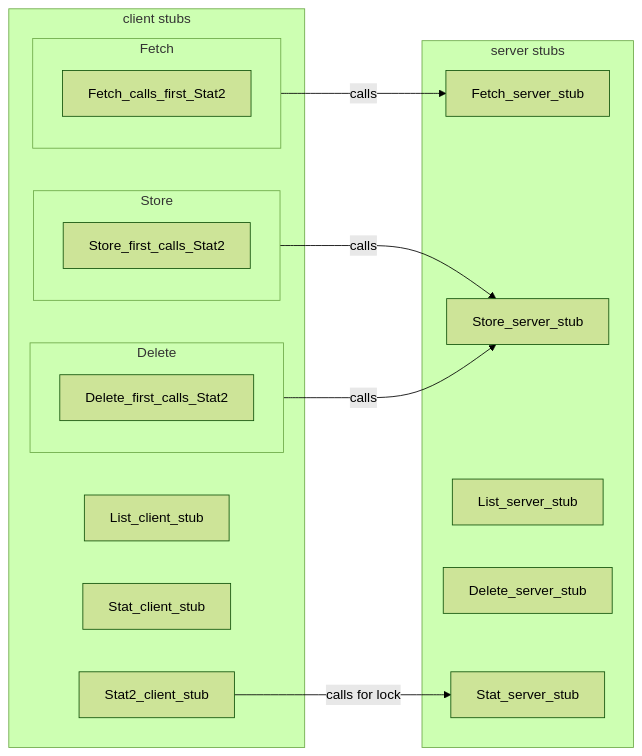
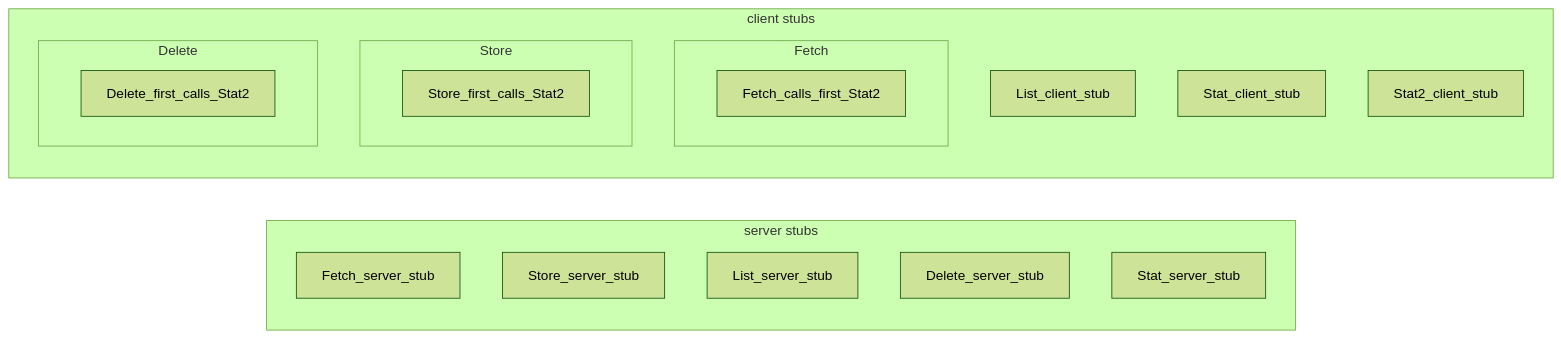
One commit to charleshwankong/Kaggle-and-Machine-Learning changed the first of 5 diagrams in README.md. Above: the diagram before and after it, drawn with Mermaid (forest theme).

````diff
--- a/README.md
+++ b/README.md
@@ -36,41 +36,30 @@
 ```mermaid
 flowchart LR
 
 
 subgraph server stubs
 Fetch_server_stub:::__server
 Store_server_stub:::__server
 List_server_stub:::__server
 Delete_server_stub:::__server
 Stat_server_stub:::__server
 end
 
 subgraph client stubs
    subgraph c1[Fetch]
       Fetch_calls_first_Stat2
    end
    subgraph c2[Store]
       Store_first_calls_Stat2
    end
    subgraph c3[Delete]
       Delete_first_calls_Stat2
    end
    %%Fetch_client_stub:::__client
    %%Store_client_stub:::__client
    List_client_stub:::__client
    %%Delete_client_stub:::__client
    Stat_client_stub:::__client
    Stat2_client_stub:::__client
 end
-
-
-
-
-%%Store_client_stub -- first calls --> Stat2_client_stub
-%%Fetch_client_stub -- first calls --> Stat2_client_stub
-%%Delete_client_stub -- first calls --> Stat2_client_stub
-Stat2_client_stub -- calls for lock --> Stat_server_stub
-c2 -- calls --> Store_server_stub
-c1 -- calls --> Fetch_server_stub
-c3 -- calls --> Store_server_stub
 ```
````
